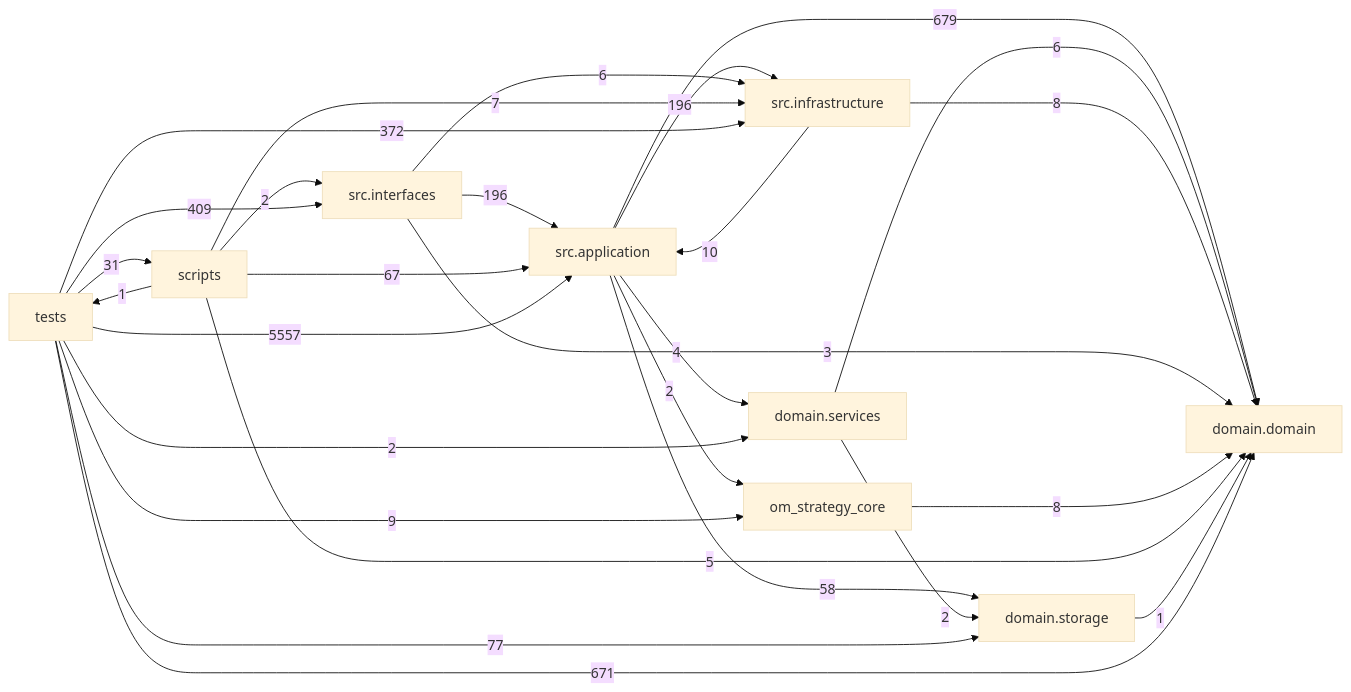
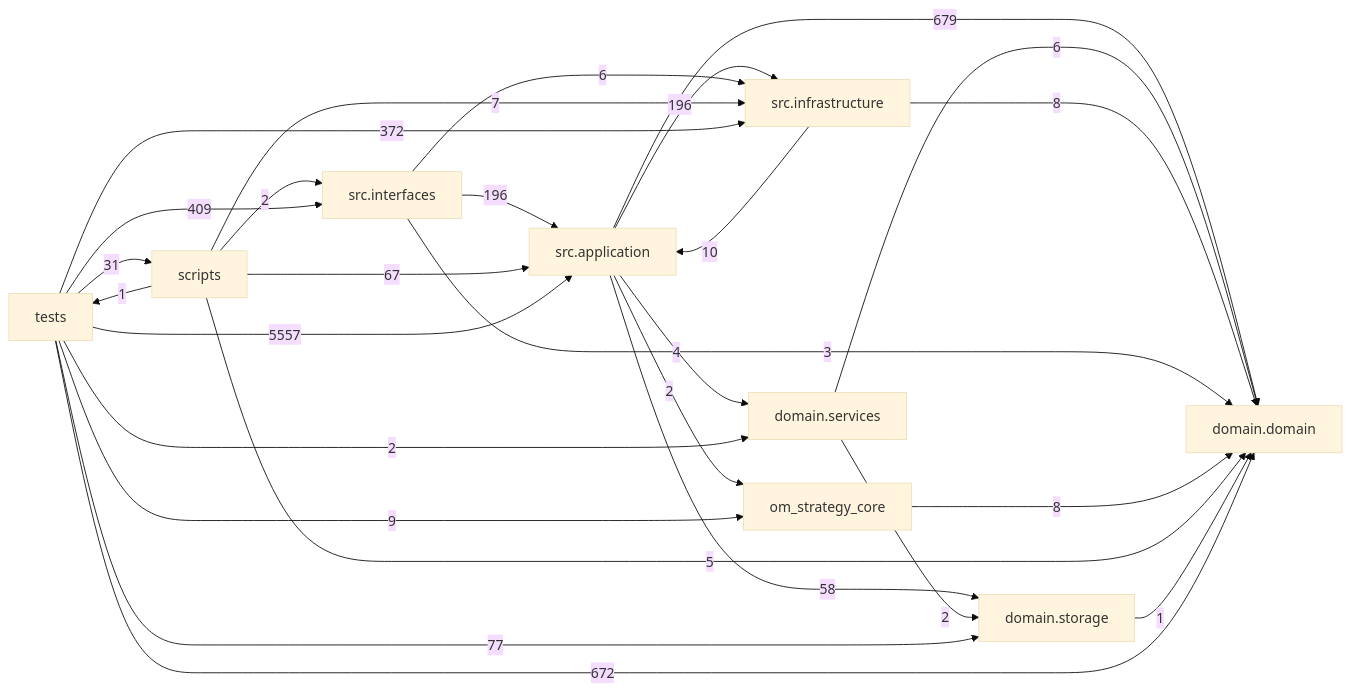
The diagram in docs/DEPENDENCY_GRAPH.md (liuxie066/options-monitor), drawn with Mermaid (base theme) before and after one commit. The commit also changed other lines of this file and 7 other files, not shown here.

````diff
--- a/docs/DEPENDENCY_GRAPH.md
+++ b/docs/DEPENDENCY_GRAPH.md
@@ -24,38 +24,38 @@
 ```mermaid
 flowchart LR
   tests["tests"]
   scripts["scripts"]
   interfaces["src.interfaces"]
   application["src.application"]
   infrastructure["src.infrastructure"]
   domain_services["domain.services"]
   domain["domain.domain"]
   storage["domain.storage"]
   application -->|679| domain
   application -->|4| domain_services
   application -->|196| infrastructure
   application -->|2| om_strategy_core
   application -->|58| storage
   domain_services -->|6| domain
   domain_services -->|2| storage
   infrastructure -->|10| application
   infrastructure -->|8| domain
   interfaces -->|196| application
   interfaces -->|3| domain
   interfaces -->|6| infrastructure
   om_strategy_core -->|8| domain
   scripts -->|67| application
   scripts -->|5| domain
   scripts -->|7| infrastructure
   scripts -->|2| interfaces
   scripts -->|1| tests
   storage -->|1| domain
   tests -->|5557| application
-  tests -->|671| domain
+  tests -->|672| domain
   tests -->|2| domain_services
   tests -->|372| infrastructure
   tests -->|409| interfaces
   tests -->|9| om_strategy_core
   tests -->|31| scripts
   tests -->|77| storage
 ```
````
